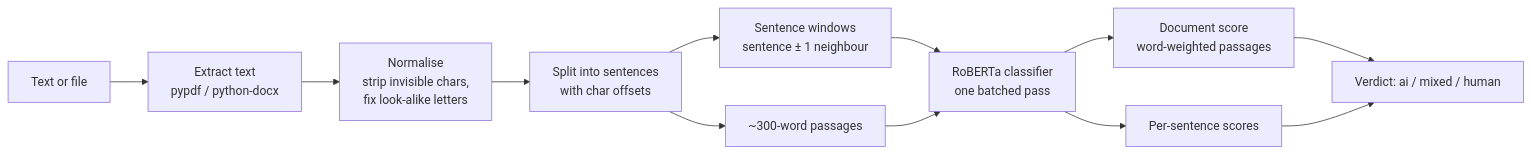
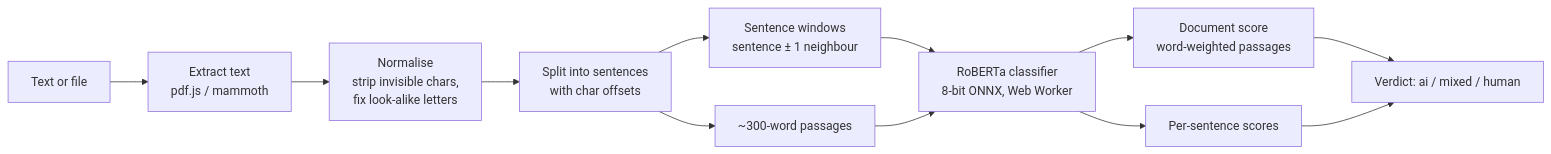
Before and after one commit to Zubair-Elliot-17/AI-CD: the diagram in README.md, drawn with Mermaid. The commit also changed other lines of this file and 30 other files, not shown here.

````diff
--- a/README.md
+++ b/README.md
@@ -73,12 +75,12 @@
 ```mermaid
 flowchart LR
-    A[Text or file] --> B[Extract text<br/>pypdf / python-docx]
+    A[Text or file] --> B[Extract text<br/>pdf.js / mammoth]
     B --> N[Normalise<br/>strip invisible chars,<br/>fix look-alike letters]
     N --> C[Split into sentences<br/>with char offsets]
     C --> D[Sentence windows<br/>sentence ± 1 neighbour]
     C --> E[~300-word passages]
-    D & E --> F[RoBERTa classifier<br/>one batched pass]
+    D & E --> F[RoBERTa classifier<br/>8-bit ONNX, Web Worker]
     F --> G[Document score<br/>word-weighted passages]
     F --> H[Per-sentence scores]
     G & H --> I[Verdict: ai / mixed / human]
 ```
````
